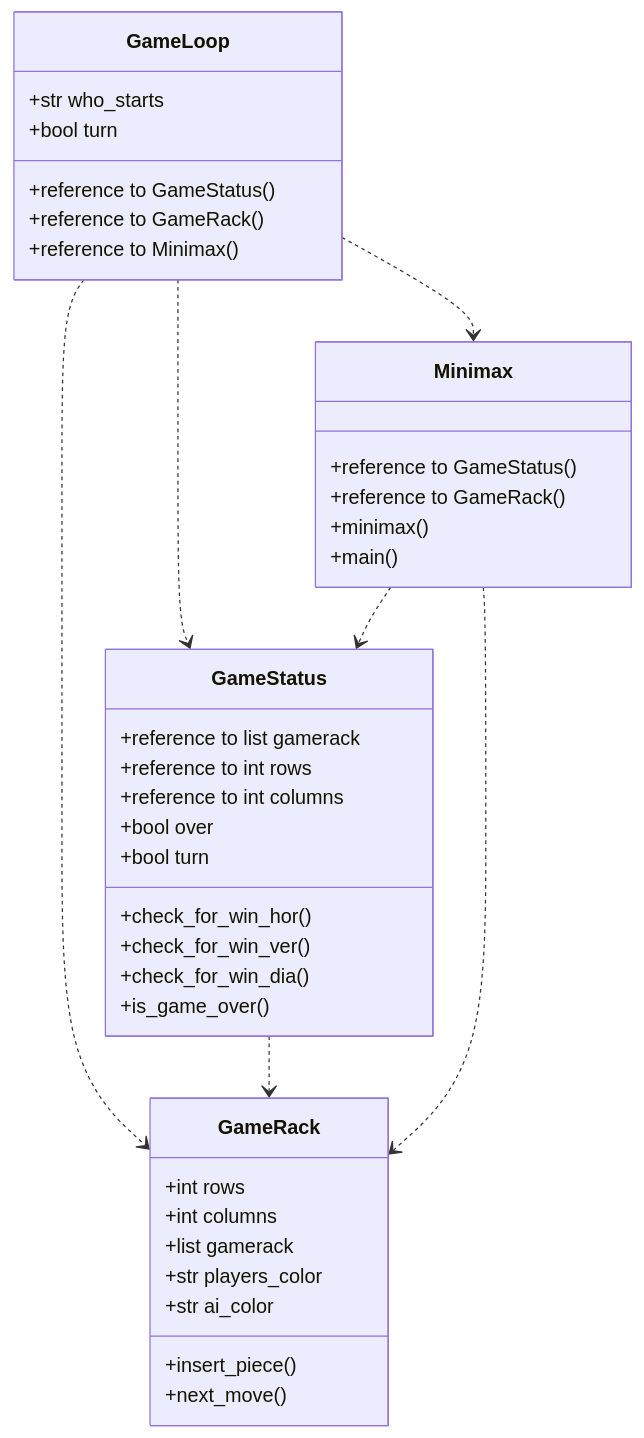
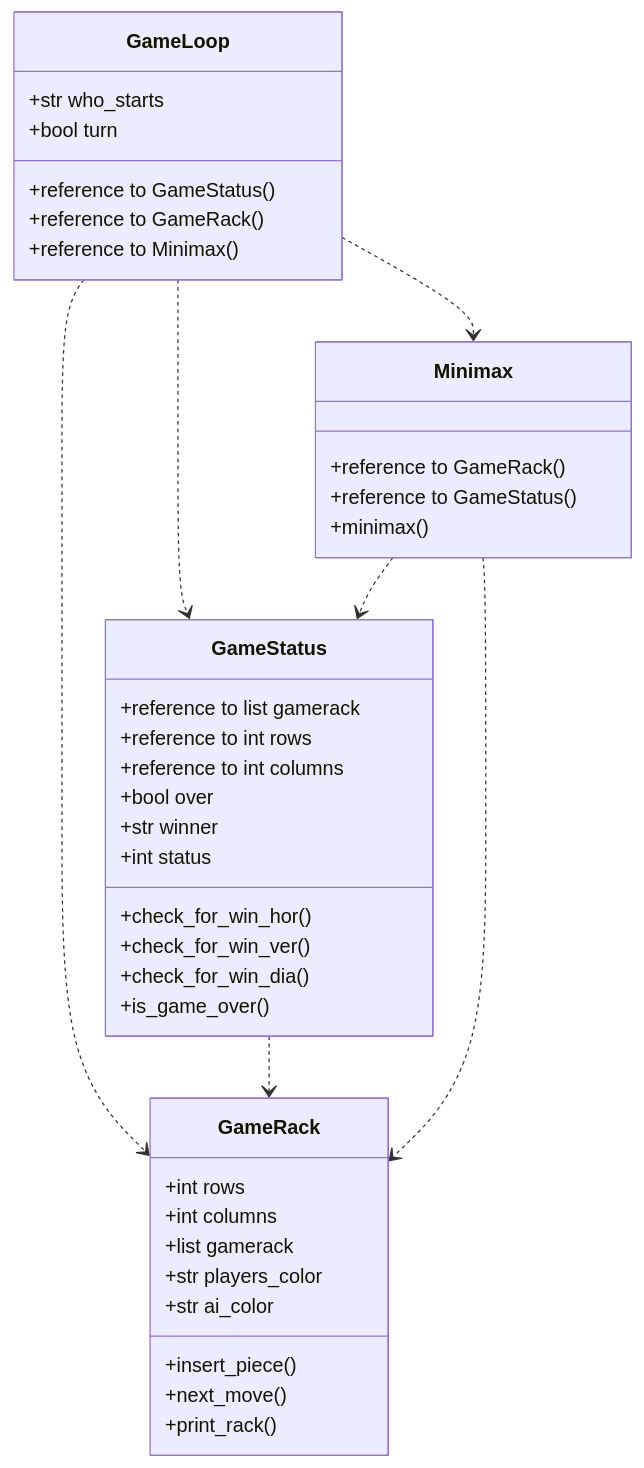
Before and after one commit to lottapispa/Connect-Four-tiralabra: the diagram in documentation/implementation.md, drawn with Mermaid.

````diff
--- a/documentation/implementation.md
+++ b/documentation/implementation.md
@@ -4,42 +4,43 @@
 ```mermaid
 classDiagram
     GameLoop ..> GameStatus
     GameLoop ..> GameRack
     GameLoop ..> Minimax
     GameStatus ..> GameRack
     Minimax ..> GameStatus
     Minimax ..> GameRack
     class GameLoop{
         +reference to GameStatus()
         +reference to GameRack()
         +reference to Minimax()
         +str who_starts
         +bool turn
     }
     class GameStatus{
         +reference to list gamerack
         +reference to int rows
         +reference to int columns
         +bool over
-        +bool turn
+        +str winner
+        +int status
         +check_for_win_hor()
         +check_for_win_ver()
         +check_for_win_dia()
         +is_game_over()
     }
     class GameRack{
         +int rows
         +int columns
         +list gamerack
         +str players_color
         +str ai_color
         +insert_piece()
         +next_move()
+        +print_rack()
     }
     class Minimax{
+        +reference to GameRack()
         +reference to GameStatus()
-        +reference to GameRack()
         +minimax()
-        +main()
     }
 ```
````
